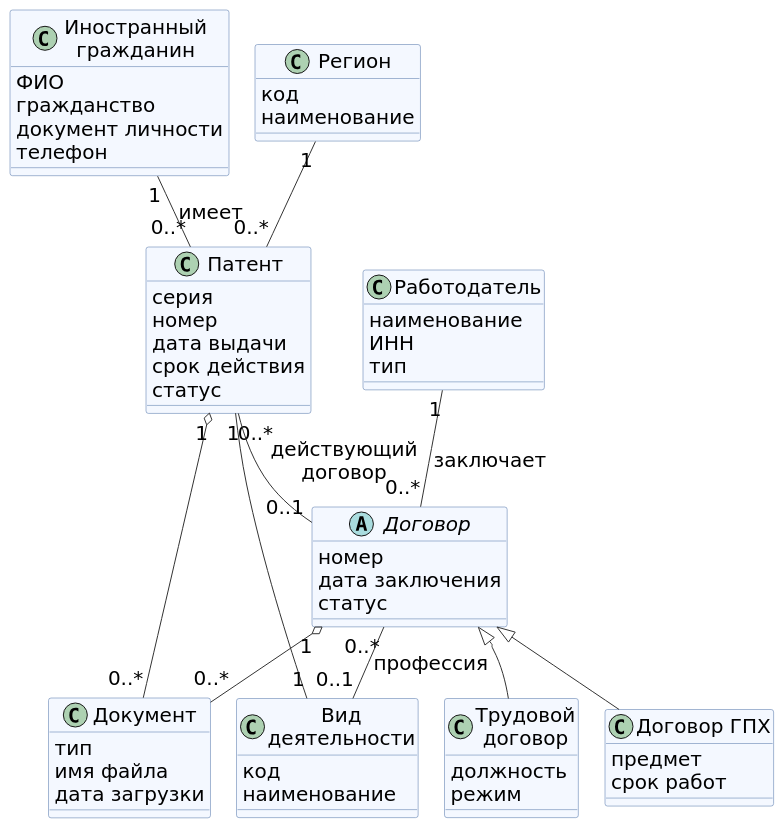
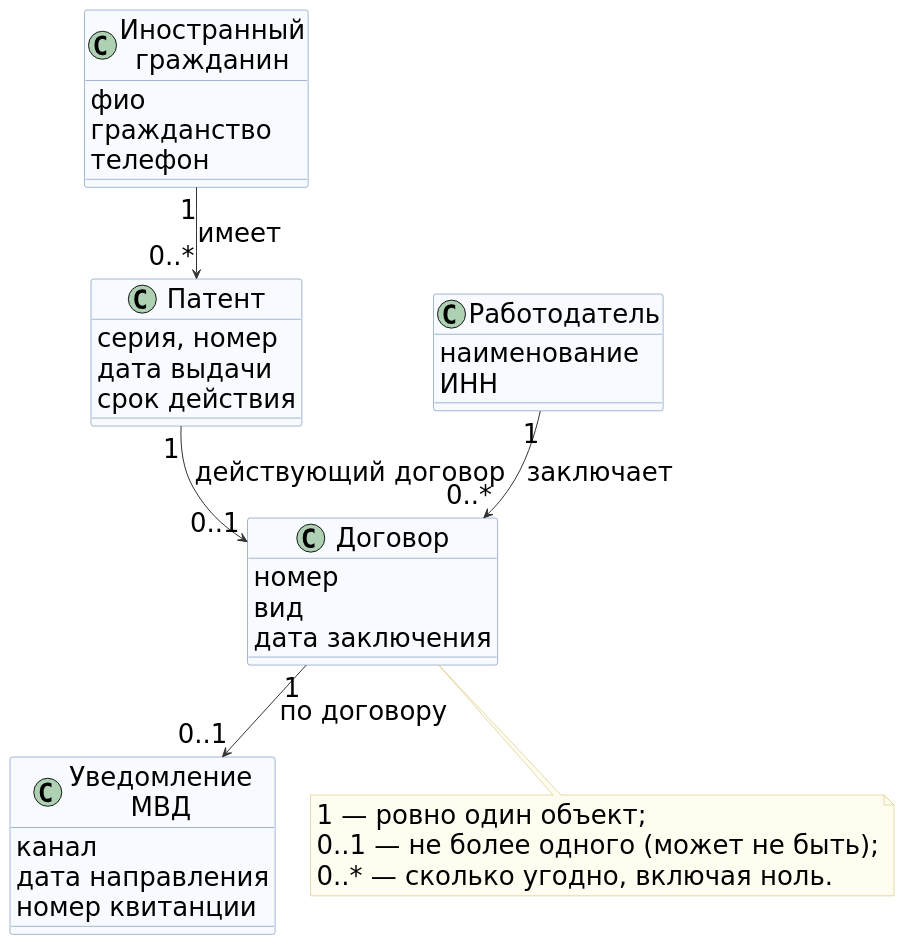
The diagram in tsu/5sem/Функциональное моделирование систем/_архив/книга/src/l2-core.puml (mflkee/study), drawn with PlantUML before and after one commit. The commit also changed 7 other files, not shown here.

Commit message:
ФМС: отчёт без служебных разделов, читаемое ядро модели, объяснение кратностей, двое авторов

```diff
--- a/tsu/5sem/Функциональное моделирование систем/_архив/книга/src/l2-core.puml
+++ b/tsu/5sem/Функциональное моделирование систем/_архив/книга/src/l2-core.puml
@@ -1,71 +1,52 @@
 @startuml
-' Ядро модели предметной области для печатной книжки (лаб. 2)
-' Только атрибуты, без id, без модификаторов и методов (DESIGN.md §5).
+' Ядро модели предметной области — только связи, важные для темы 7
 skinparam defaultFontName "DejaVu Sans"
 skinparam shadowing false
-skinparam defaultFontSize 20
-skinparam nodesep 26
-skinparam ranksep 46
+skinparam defaultFontSize 26
+skinparam classAttributeIconSize 0
 skinparam ArrowColor #333333
 skinparam class {
-  BackgroundColor #F4F8FF
+  BackgroundColor #F7FBFF
   BorderColor #4A6FA5
 }
-skinparam classAttributeIconSize 0
+skinparam note {
+  BackgroundColor #FFFDF0
+  BorderColor #C9B458
+}
 
 class "Иностранный\nгражданин" as IG {
-  ФИО
+  фио
   гражданство
-  документ личности
   телефон
 }
 class "Патент" as PAT {
-  серия
-  номер
+  серия, номер
   дата выдачи
   срок действия
-  статус
 }
-class "Регион" as REG {
-  код
-  наименование
+class "Договор" as DOG {
+  номер
+  вид
+  дата заключения
 }
-class "Вид\nдеятельности" as VID {
-  код
-  наименование
+class "Уведомление\nМВД" as UVD {
+  канал
+  дата направления
+  номер квитанции
 }
 class "Работодатель" as RAB {
   наименование
   ИНН
-  тип
-}
-abstract class "Договор" as DOG {
-  номер
-  дата заключения
-  статус
-}
-class "Трудовой\nдоговор" as TD {
-  должность
-  режим
-}
-class "Договор ГПХ" as GPX {
-  предмет
-  срок работ
-}
-class "Документ" as DOC {
-  тип
-  имя файла
-  дата загрузки
 }
 
-IG "1" -- "0..*" PAT : имеет
-REG "1" -- "0..*" PAT
-VID "1" -- "0..*" PAT
-PAT "1" -- "0..1" DOG : действующий\nдоговор
-RAB "1" -- "0..*" DOG : заключает
-DOG "0..*" -- "0..1" VID : профессия
-DOG <|-- TD
-DOG <|-- GPX
-PAT "1" o-- "0..*" DOC
-DOG "1" o-- "0..*" DOC
+IG "1" --> "0..*" PAT : имеет
+PAT "1" --> "0..1" DOG : действующий договор
+DOG "1" --> "0..1" UVD : по договору
+RAB "1" --> "0..*" DOG : заключает
+
+note bottom of DOG
+  1 — ровно один объект;
+  0..1 — не более одного (может не быть);
+  0..* — сколько угодно, включая ноль.
+end note
 @enduml
```
